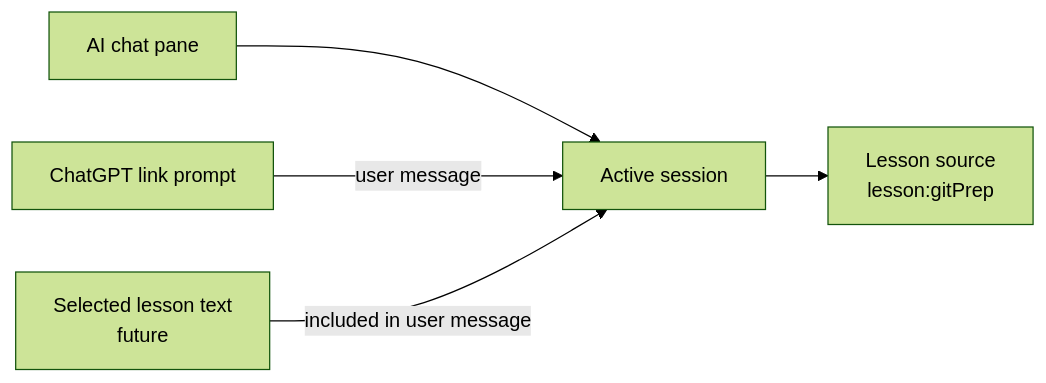
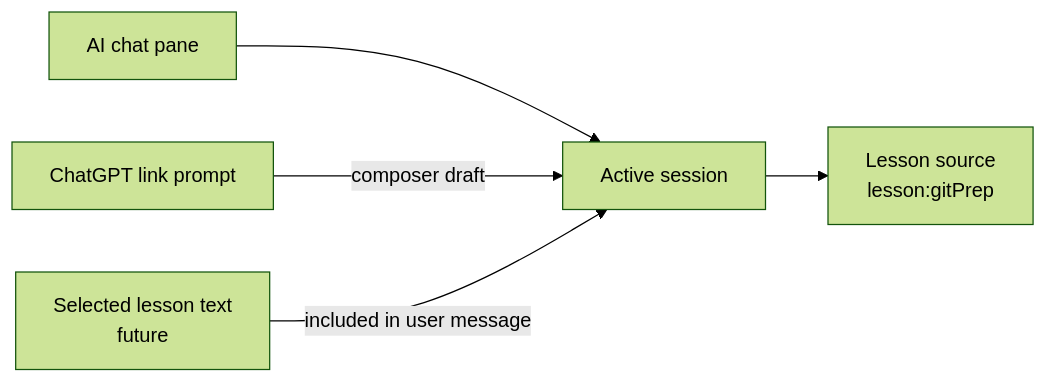
Before and after one commit to git-mastery/git-mastery-desktop: the first of 3 diagrams in docs/architecture/ai-chat-sources.md, drawn with Mermaid (forest theme). The commit also changed other lines of this file and 11 other files, not shown here.

````diff
--- a/docs/architecture/ai-chat-sources.md
+++ b/docs/architecture/ai-chat-sources.md
@@ -20,7 +20,7 @@
 ```mermaid
 flowchart LR
     P["AI chat pane"] --> S["Active session"]
     S --> L["Lesson source<br/>lesson:gitPrep"]
-    CL["ChatGPT link prompt"] -->|user message| S
+    CL["ChatGPT link prompt"] -->|composer draft| S
     ST["Selected lesson text<br/>future"] -->|included in user message| S
 ```
````
